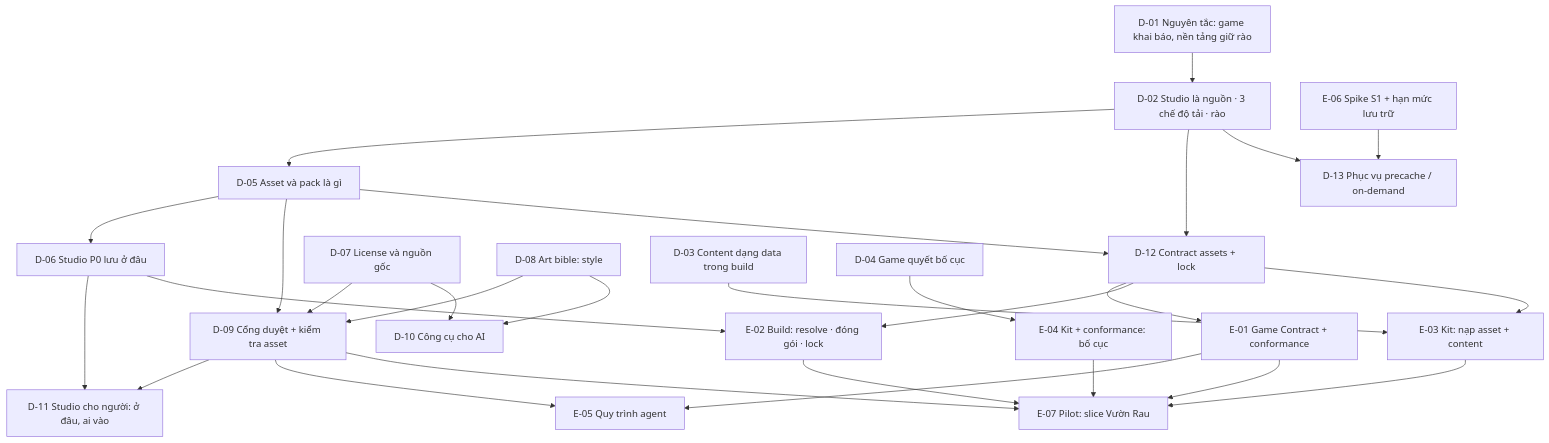
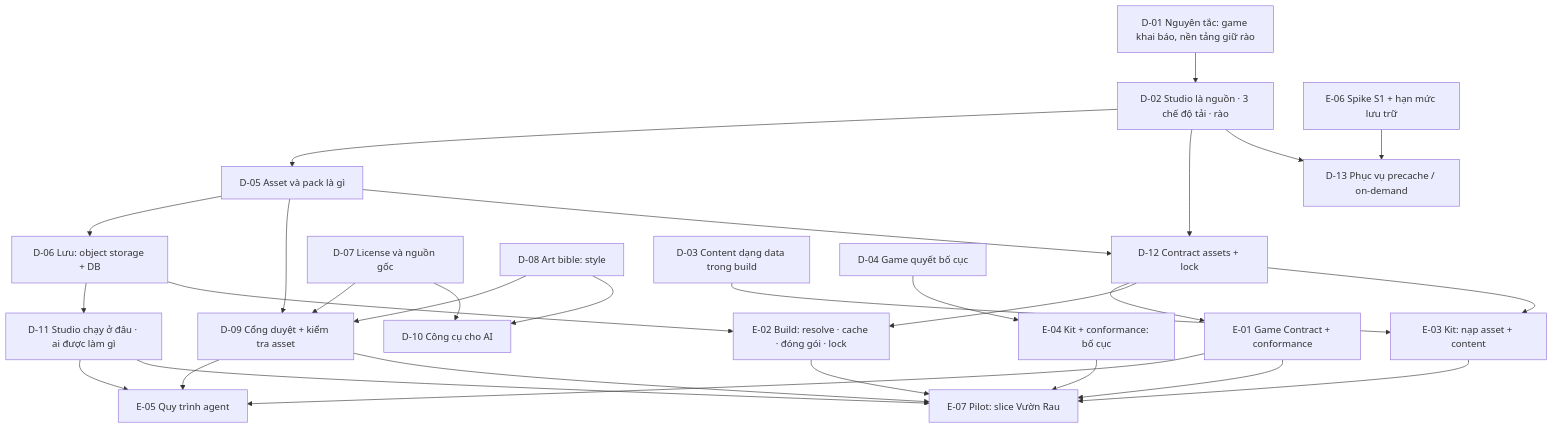
One commit to vinh466/tohe-play changed the diagram in plans/asset-studio/map.md. Above: the diagram before and after it, drawn with Mermaid. The commit also changed other lines of this file and 11 other files, not shown here.

````diff
--- a/plans/asset-studio/map.md
+++ b/plans/asset-studio/map.md
@@ -6,30 +6,31 @@
 ```mermaid
 flowchart TD
   D01[D-01 Nguyên tắc: game khai báo, nền tảng giữ rào] --> D02[D-02 Studio là nguồn · 3 chế độ tải · rào]
   D02 --> D05[D-05 Asset và pack là gì]
   D02 --> D12[D-12 Contract assets + lock]
   D02 --> D13[D-13 Phục vụ precache / on-demand]
-  D05 --> D06[D-06 Studio P0 lưu ở đâu]
+  D05 --> D06[D-06 Lưu: object storage + DB]
   D05 --> D09[D-09 Cổng duyệt + kiểm tra asset]
   D05 --> D12
   D07[D-07 License và nguồn gốc] --> D09
   D07 --> D10[D-10 Công cụ cho AI]
   D08[D-08 Art bible: style] --> D09
   D08 --> D10
-  D06 --> D11[D-11 Studio cho người: ở đâu, ai vào]
-  D09 --> D11
+  D06 --> D11[D-11 Studio chạy ở đâu · ai được làm gì]
   D12 --> E01[E-01 Game Contract + conformance]
-  D06 --> E02[E-02 Build: resolve · đóng gói · lock]
+  D06 --> E02[E-02 Build: resolve · cache · đóng gói · lock]
   D12 --> E02
   D03[D-03 Content dạng data trong build] --> E03[E-03 Kit: nạp asset + content]
   D12 --> E03
   D04[D-04 Game quyết bố cục] --> E04[E-04 Kit + conformance: bố cục]
   E01 --> E05[E-05 Quy trình agent]
   D09 --> E05
+  D11 --> E05
+  D11 --> E07
   E06[E-06 Spike S1 + hạn mức lưu trữ] --> D13
   E01 --> E07[E-07 Pilot: slice Vườn Rau]
   E02 --> E07
   E03 --> E07
   E04 --> E07
   D09 --> E07
 ```
````
